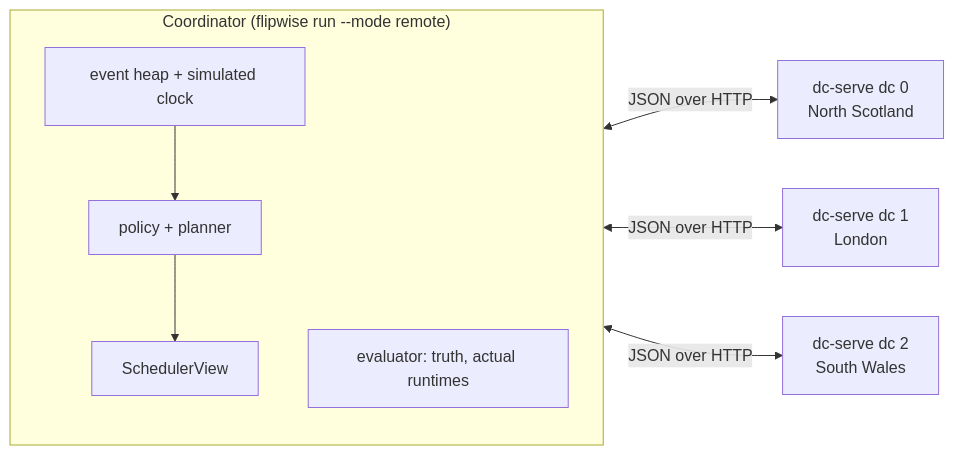
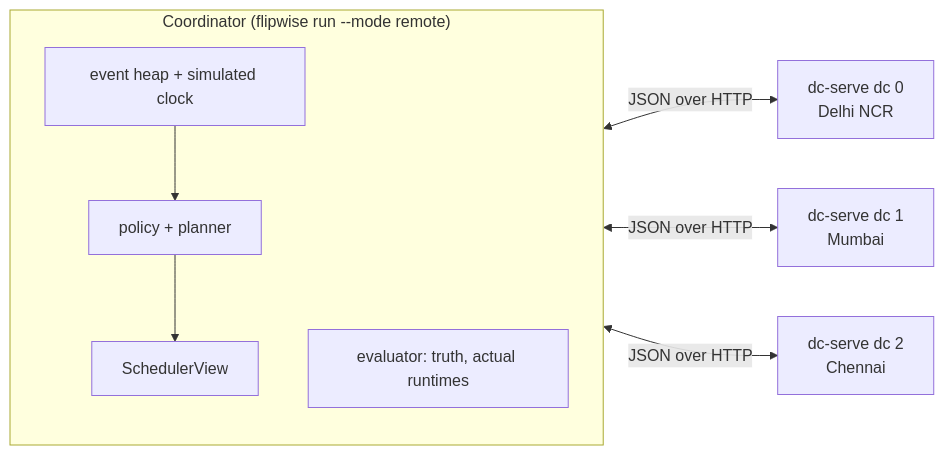
The third of 3 diagrams in docs/prd.md (Rohith-sp/flipwise), drawn with Mermaid before and after one commit. The commit also changed other lines of this file and 4 other files, not shown here.

````diff
--- a/docs/prd.md
+++ b/docs/prd.md
@@ -814,11 +862,11 @@
 ```mermaid
 flowchart LR
     subgraph Coordinator["Coordinator (flipwise run --mode remote)"]
         H[event heap + simulated clock] --> PO[policy + planner]
         PO --> SV[SchedulerView]
         EV[evaluator: truth, actual runtimes]
     end
-    Coordinator <-->|JSON over HTTP| S0[dc-serve dc 0<br/>North Scotland]
-    Coordinator <-->|JSON over HTTP| S1[dc-serve dc 1<br/>London]
-    Coordinator <-->|JSON over HTTP| S2[dc-serve dc 2<br/>South Wales]
+    Coordinator <-->|JSON over HTTP| S0[dc-serve dc 0<br/>Delhi NCR]
+    Coordinator <-->|JSON over HTTP| S1[dc-serve dc 1<br/>Mumbai]
+    Coordinator <-->|JSON over HTTP| S2[dc-serve dc 2<br/>Chennai]
 ```
````
